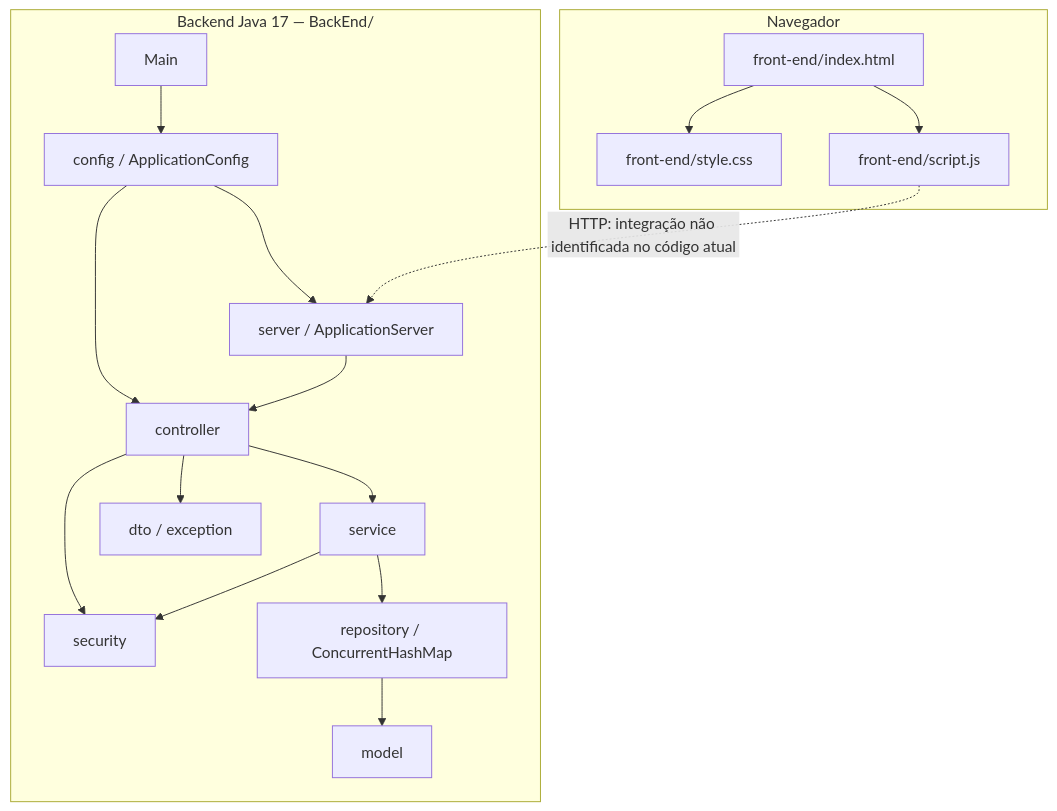
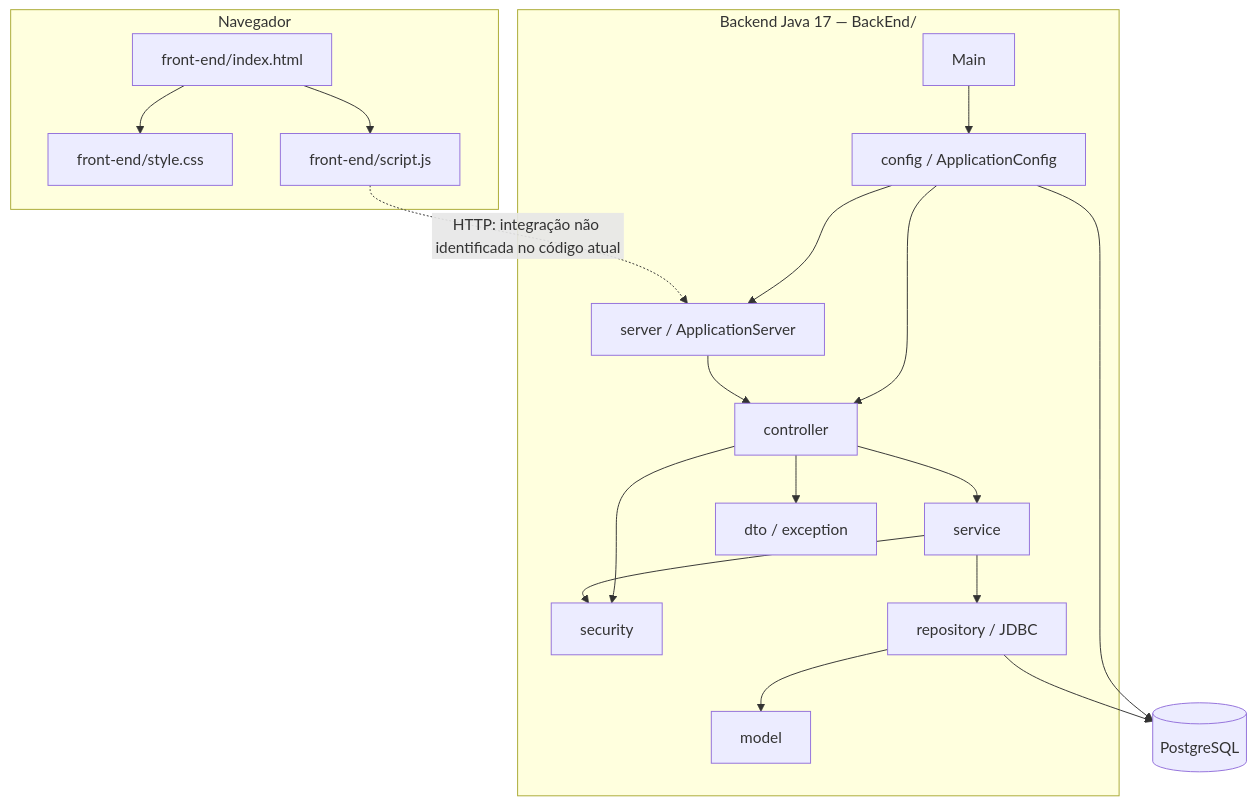
The second of 3 diagrams in docs/arquitetura/arquitetura.md (liviafgs/TrabalhoPratico-eng-software), drawn with Mermaid before and after one commit. The commit also changed other lines of this file and 40 other files, not shown here.

````diff
--- a/docs/arquitetura/arquitetura.md
+++ b/docs/arquitetura/arquitetura.md
@@ -26,35 +26,39 @@
 ```mermaid
 flowchart TB
     subgraph Cliente["Navegador"]
         HTML["front-end/index.html"]
         CSS["front-end/style.css"]
         JS["front-end/script.js"]
         HTML --> CSS
         HTML --> JS
     end
 
     subgraph Backend["Backend Java 17 — BackEnd/"]
         MAIN["Main"]
         CONFIG["config / ApplicationConfig"]
         HTTP["server / ApplicationServer"]
         CTRL["controller"]
         SERVICE["service"]
         SECURITY["security"]
-        REPO["repository / ConcurrentHashMap"]
+        REPO["repository / JDBC"]
         MODEL["model"]
         DTO["dto / exception"]
 
         MAIN --> CONFIG
         CONFIG --> HTTP
         CONFIG --> CTRL
         HTTP --> CTRL
         CTRL --> SERVICE
         CTRL --> SECURITY
         CTRL --> DTO
         SERVICE --> REPO
         SERVICE --> SECURITY
         REPO --> MODEL
     end
 
+    PG[(PostgreSQL)]
+    CONFIG --> PG
+    REPO --> PG
+
     JS -. "HTTP: integração não identificada no código atual" .-> HTTP
 ```
````
